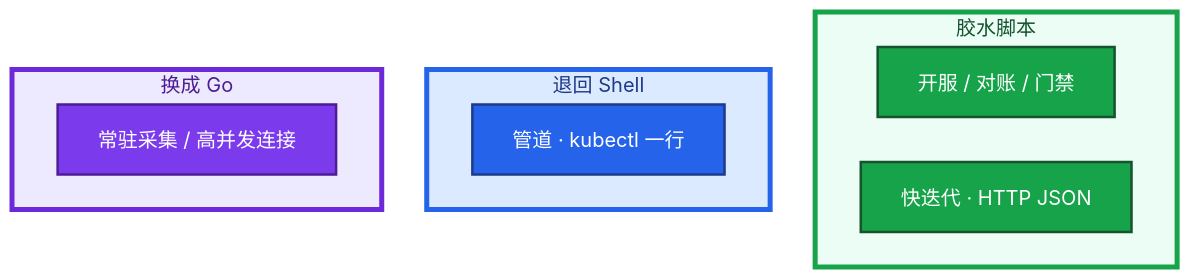
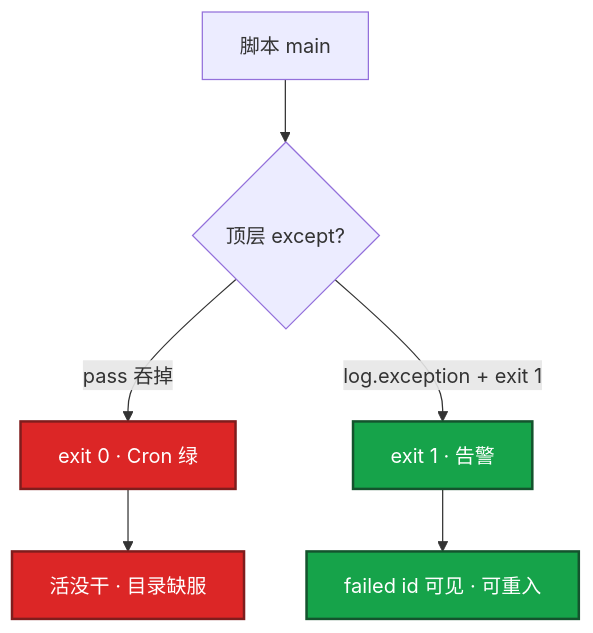
The first of 5 diagrams in 06-开发能力/02-Python运维/知识点.md (ml-cuizijun/LearnToLilith), drawn with Mermaid before and after one commit. The commit also changed other lines of this file and 213 other files, not shown here.

````diff
--- a/06-开发能力/02-Python运维/知识点.md
+++ b/06-开发能力/02-Python运维/知识点.md
@@ -128,25 +301,13 @@
 ```mermaid
-%%{init: {"flowchart": {"padding": 16, "nodeSpacing": 36, "rankSpacing": 48}, "theme": "base"}}%%
 flowchart TB
-    subgraph glue ["胶水脚本"]
-        g1[开服 / 对账 / 门禁]
-        g2[快迭代 · HTTP JSON]
-    end
-    subgraph shell ["退回 Shell"]
-        s1[管道 · kubectl 一行]
-    end
-    subgraph go ["换成 Go"]
-        z1[常驻采集 / 高并发连接]
-    end
+    A[脚本 main] --> B{顶层 except?}
+    B -->|pass 吞掉| C[exit 0 · Cron 绿]
+    B -->|log.exception + exit 1| D[exit 1 · 告警]
+    C --> E[活没干 · 目录缺服]
+    D --> F[failed id 可见 · 可重入]
 
+    classDef bad fill:#DC2626,stroke:#7F1D1D,stroke-width:2px,color:#fff
     classDef ok fill:#16A34A,stroke:#14532D,stroke-width:2px,color:#fff
-    classDef alt fill:#2563EB,stroke:#1E3A8A,stroke-width:2px,color:#fff
-    classDef goC fill:#7C3AED,stroke:#4C1D95,stroke-width:2px,color:#fff
-    class g1,g2 ok
-    class s1 alt
-    class z1 goC
-
-    style glue fill:#ECFDF5,stroke:#16A34A,stroke-width:4px,color:#14532D
-    style shell fill:#DBEAFE,stroke:#2563EB,stroke-width:4px,color:#1E3A8A
-    style go fill:#EDE9FE,stroke:#6D28D9,stroke-width:4px,color:#4C1D95
+    class C,E bad
+    class D,F ok
 ```
````
